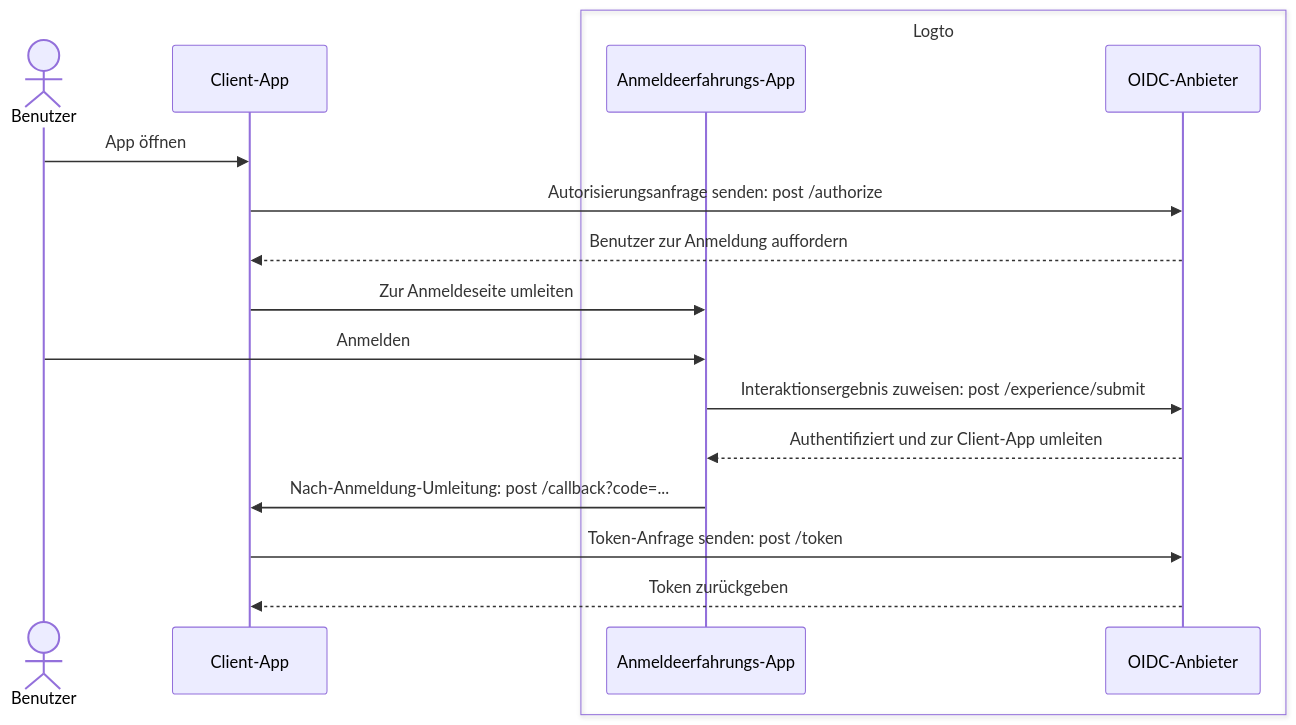
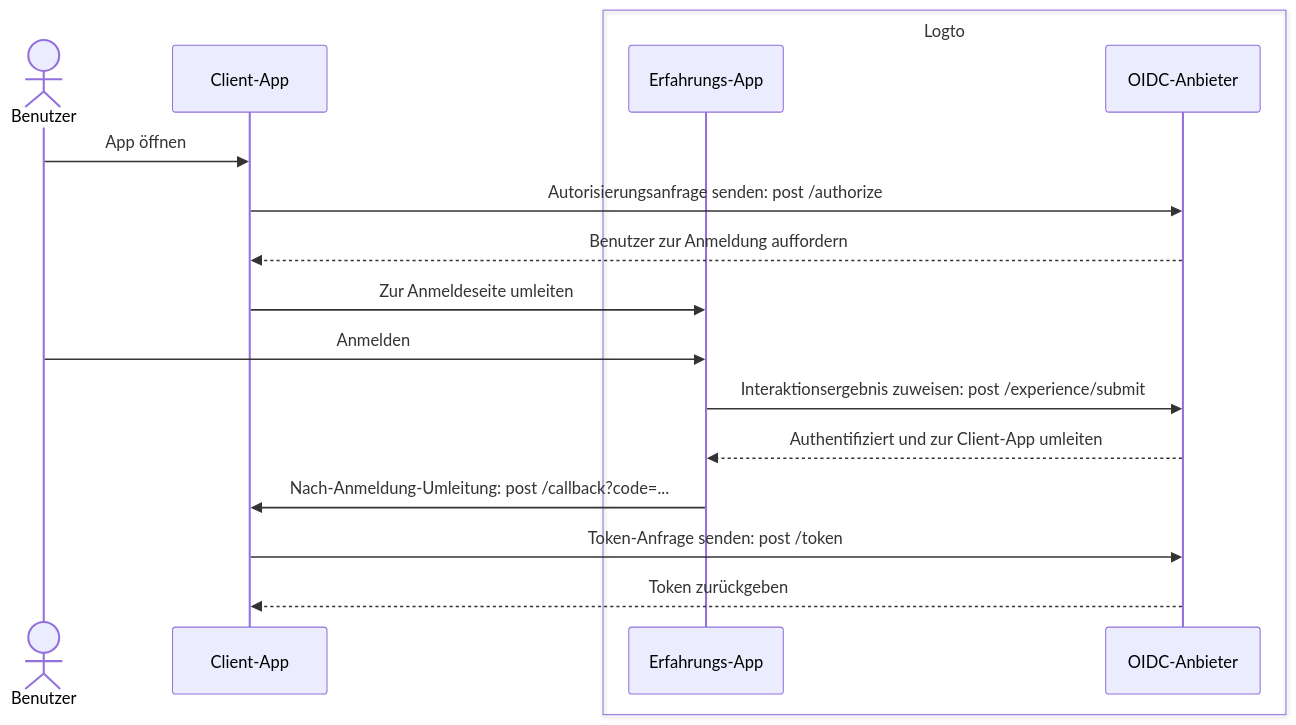
One commit to logto-io/docs changed the first of 2 diagrams in i18n/de/docusaurus-plugin-content-docs/current/end-user-flows/sign-up-and-sign-in/README.mdx. Above: the diagram before and after it, drawn with Mermaid. The commit also changed other lines of this file and 407 other files, not shown here.

````diff
--- a/i18n/de/docusaurus-plugin-content-docs/current/end-user-flows/sign-up-and-sign-in/README.mdx
+++ b/i18n/de/docusaurus-plugin-content-docs/current/end-user-flows/sign-up-and-sign-in/README.mdx
@@ -15,21 +15,21 @@
 ```mermaid
 sequenceDiagram
   actor user as Benutzer
   participant client as Client-App
 
   box Logto
-    participant experience as Anmeldeerfahrungs-App
+    participant experience as Erfahrungs-App
     participant oidc as OIDC-Anbieter
   end
 
   user ->> client: App öffnen
   client ->> oidc: Autorisierungsanfrage senden: post /authorize
   oidc -->> client: Benutzer zur Anmeldung auffordern
   client ->> experience: Zur Anmeldeseite umleiten
   user ->> experience: Anmelden
   experience ->> oidc: Interaktionsergebnis zuweisen: post /experience/submit
   oidc -->> experience: Authentifiziert und zur Client-App umleiten
   experience ->> client: Nach-Anmeldung-Umleitung: post /callback?code=...
   client ->> oidc: Token-Anfrage senden: post /token
   oidc -->> client: Token zurückgeben
 ```
````
